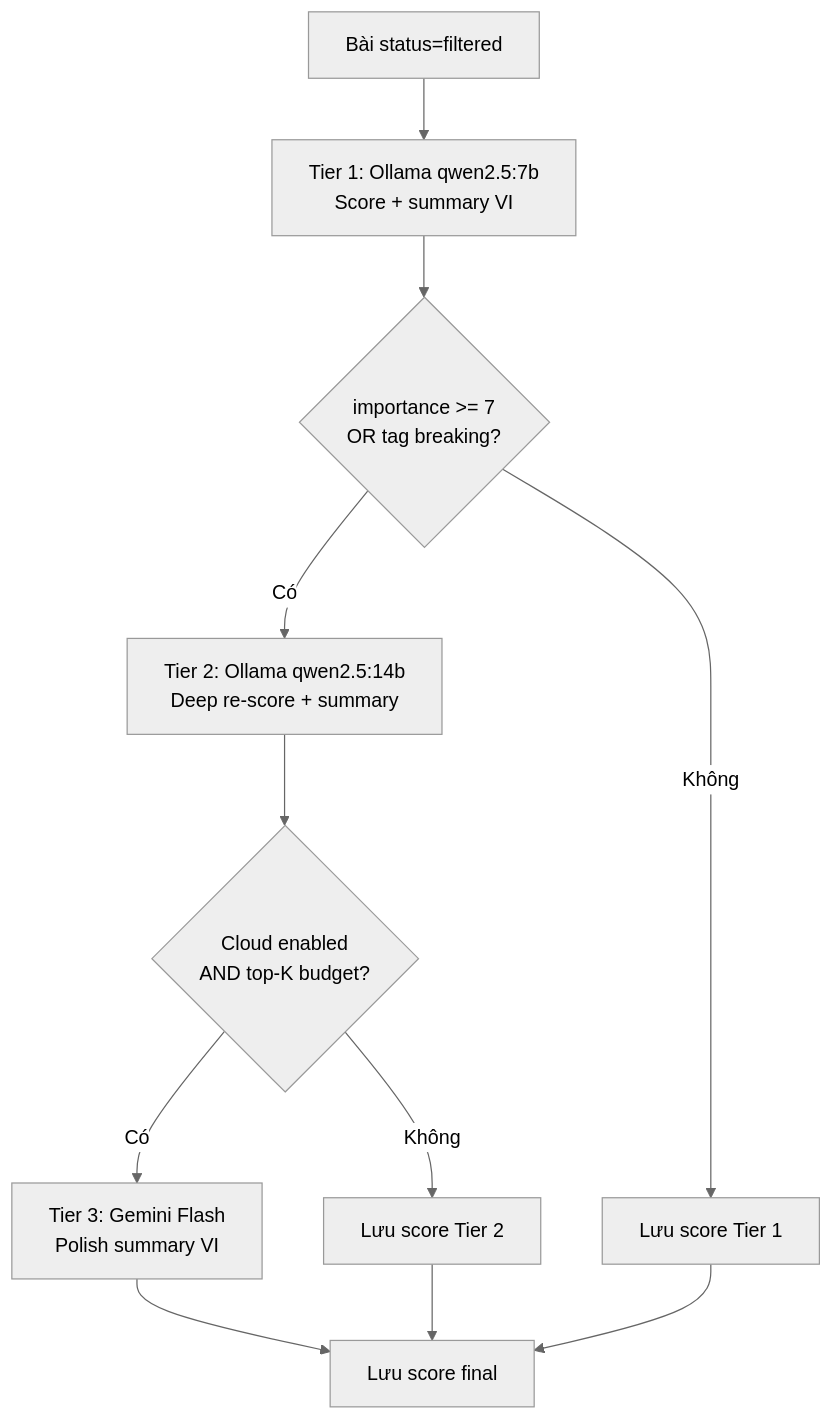
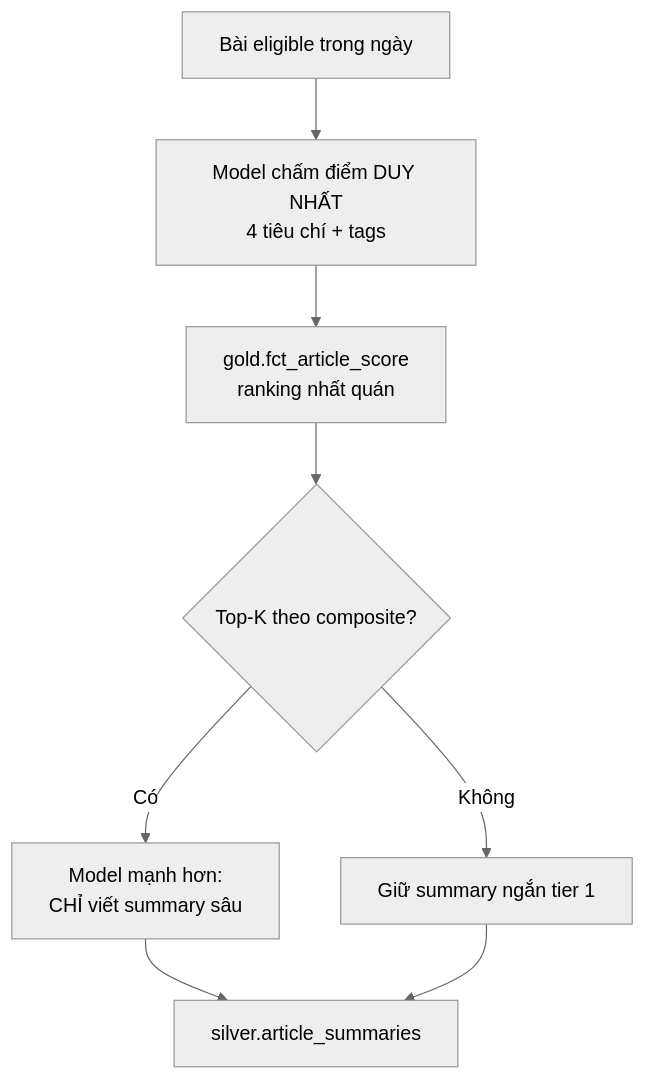
The fourth of 6 diagrams in docs/PRODUCTION_PLAN.md (Quybuno/industry-intel-bot), drawn with Mermaid (neutral theme) before and after one commit. The commit also changed other lines of this file, not shown here.

````diff
--- a/docs/PRODUCTION_PLAN.md
+++ b/docs/PRODUCTION_PLAN.md
@@ -237,13 +208,10 @@
 ```mermaid
 flowchart TD
-    A["Bài status=filtered"] --> B["Tier 1: Ollama qwen2.5:7b\nScore + summary VI"]
-    B --> C{"importance >= 7\nOR tag breaking?"}
-    C -->|Có| D["Tier 2: Ollama qwen2.5:14b\nDeep re-score + summary"]
-    C -->|Không| E["Lưu score Tier 1"]
-    D --> F{"Cloud enabled\nAND top-K budget?"}
-    F -->|Có| G["Tier 3: Gemini Flash\nPolish summary VI"]
-    F -->|Không| H["Lưu score Tier 2"]
-    G --> I["Lưu score final"]
-    E --> I
-    H --> I
+    A["Bài eligible trong ngày"] --> B["Model chấm điểm DUY NHẤT<br/>4 tiêu chí + tags"]
+    B --> C["gold.fct_article_score<br/>ranking nhất quán"]
+    C --> D{"Top-K theo composite?"}
+    D -->|Có| E["Model mạnh hơn:<br/>CHỈ viết summary sâu"]
+    D -->|Không| F["Giữ summary ngắn tier 1"]
+    E --> G["silver.article_summaries"]
+    F --> G
 ```
````
